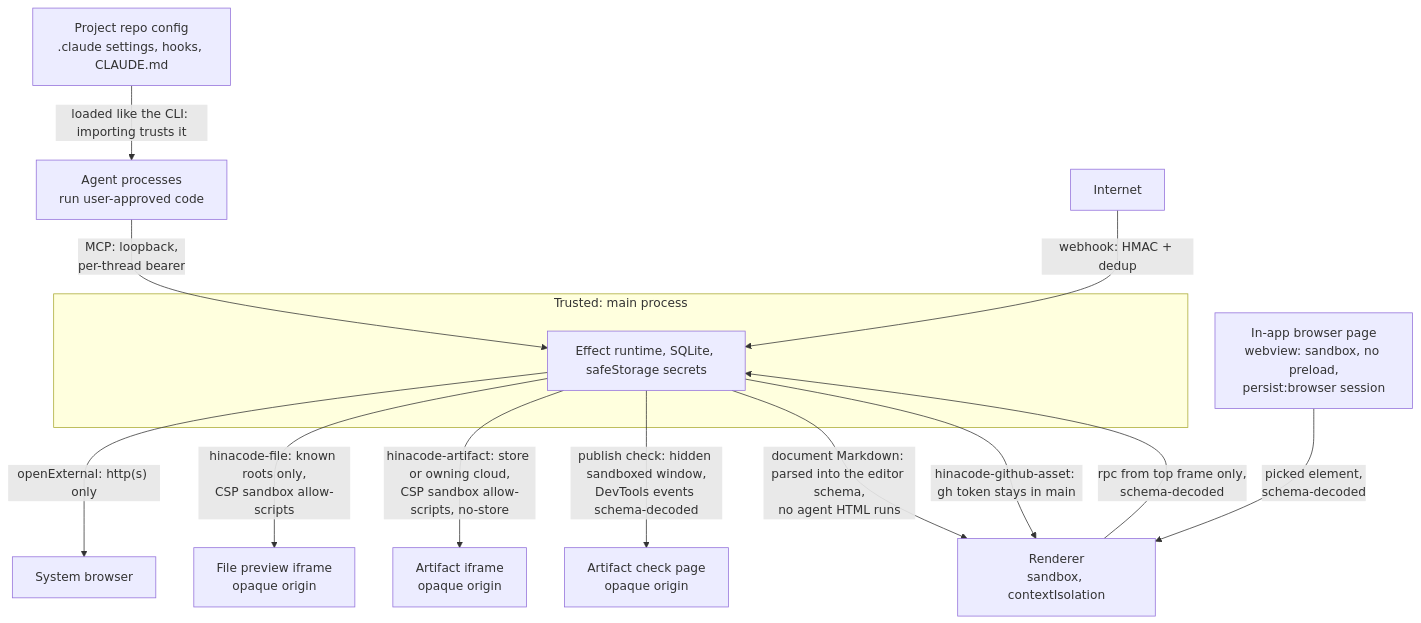
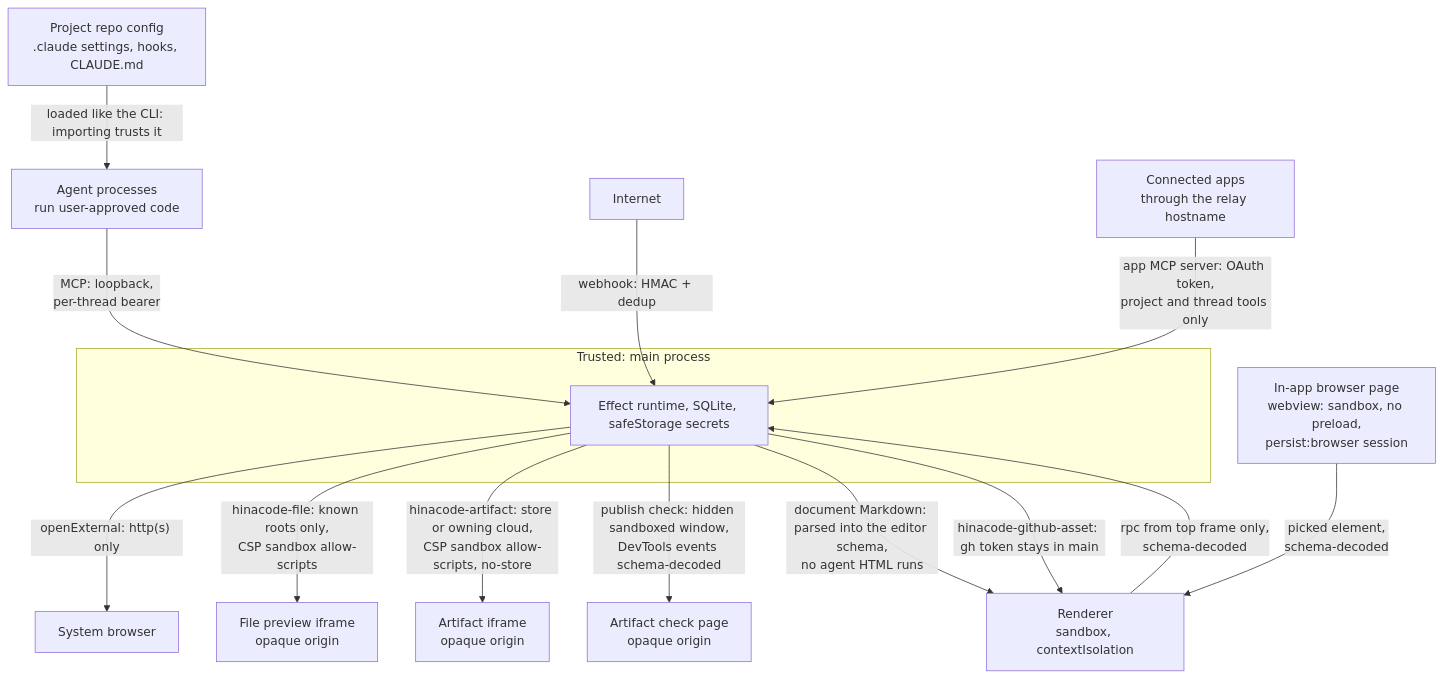
One commit to hinadev-ai/hinacode changed diagram 20 of 20 in docs/arch.md. Above: the diagram before and after it, drawn with Mermaid. The commit also changed other lines of this file and 44 other files, not shown here.

First line of the commit message:
feat(apps): let outside apps drive HinaCode over MCP (#730)

````diff
--- a/docs/arch.md
+++ b/docs/arch.md
@@ -703,17 +749,18 @@
 ```mermaid
 flowchart TB
   subgraph trusted["Trusted: main process"]
     main["Effect runtime, SQLite, safeStorage secrets"]
   end
   renderer["Renderer<br/>sandbox, contextIsolation"] -- "rpc from top frame only,<br/>schema-decoded" --> main
   agents["Agent processes<br/>run user-approved code"] -- "MCP: loopback,<br/>per-thread bearer" --> main
   net["Internet"] -- "webhook: HMAC + dedup" --> main
+  outside["Connected apps<br/>through the relay hostname"] -- "app MCP server: OAuth token,<br/>project and thread tools only" --> main
   main -- "openExternal: http(s) only" --> browser["System browser"]
   page["In-app browser page<br/>webview: sandbox, no preload,<br/>persist:browser session"] -- "picked element,<br/>schema-decoded" --> renderer
   repo["Project repo config<br/>.claude settings, hooks, CLAUDE.md"] -- "loaded like the CLI: importing trusts it" --> agents
   main -- "hinacode-file: known roots only,<br/>CSP sandbox allow-scripts" --> preview["File preview iframe<br/>opaque origin"]
   main -- "hinacode-artifact: store or owning cloud,<br/>CSP sandbox allow-scripts, no-store" --> artifact["Artifact iframe<br/>opaque origin"]
   main -- "publish check: hidden sandboxed window,<br/>DevTools events schema-decoded" --> check["Artifact check page<br/>opaque origin"]
   main -- "document Markdown: parsed into the editor schema,<br/>no agent HTML runs" --> renderer
   main -- "hinacode-github-asset: gh token stays in main" --> renderer
 ```
````
